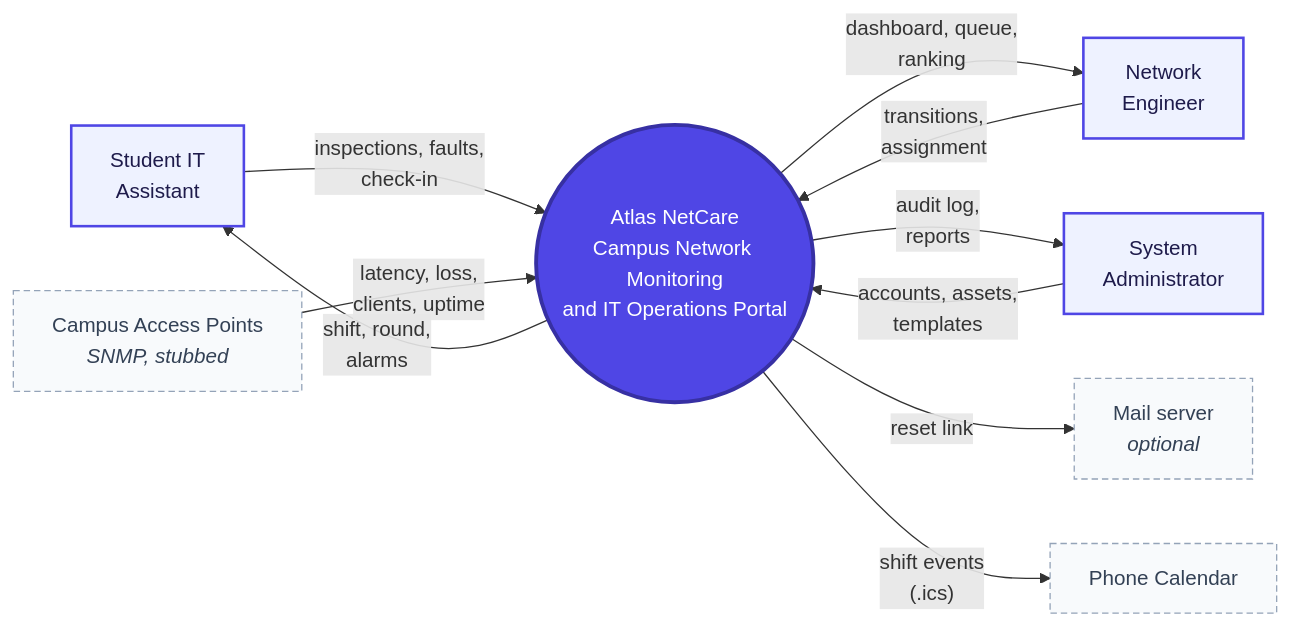
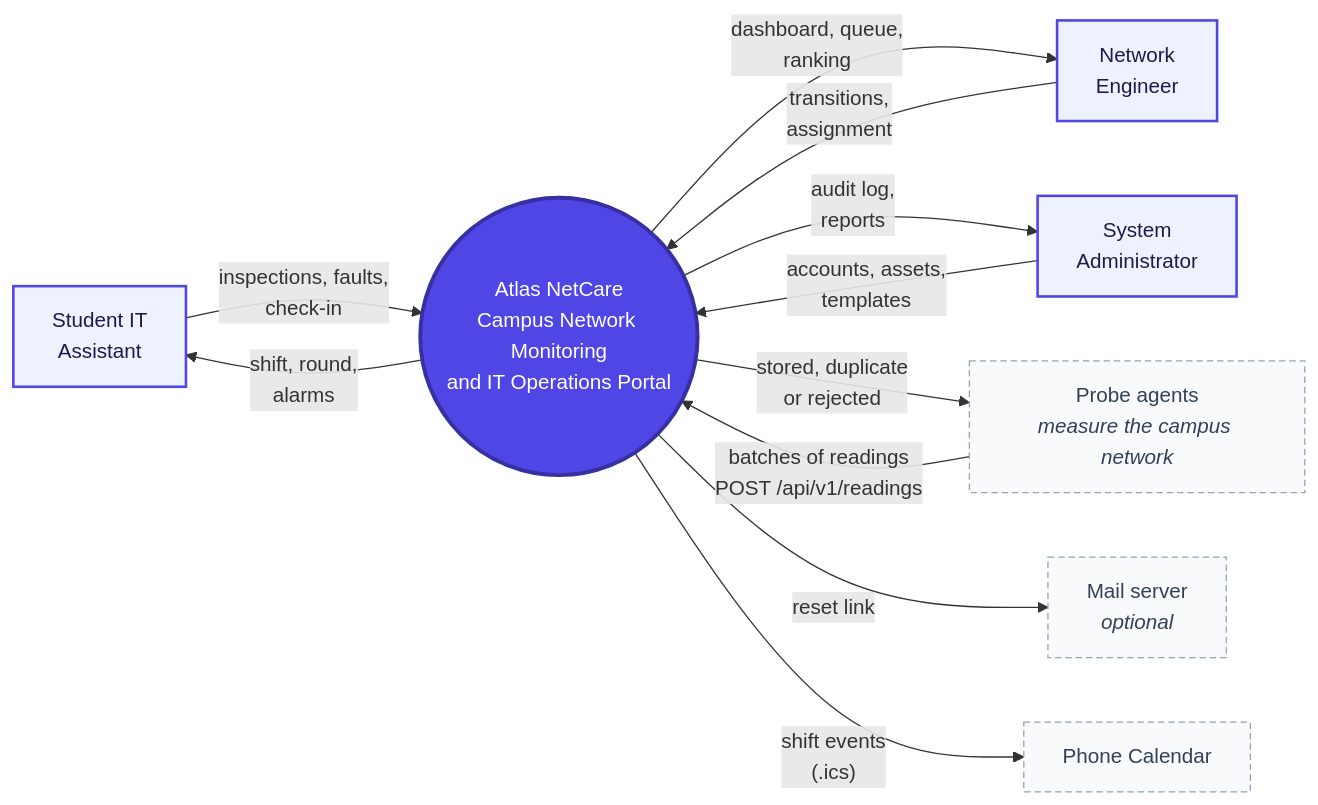
One commit to phone292025/atlas-netcare changed the first of 4 diagrams in docs/12-system-diagrams.md. Above: the diagram before and after it, drawn with Mermaid. The commit also changed other lines of this file and 1 other file, not shown here.

First line of the commit message:
docs(architecture): add the ingest API, agents and the hourly aggregate

````diff
--- a/docs/12-system-diagrams.md
+++ b/docs/12-system-diagrams.md
@@ -26,32 +26,33 @@
 ```mermaid
 flowchart LR
     ASSISTANT["Student IT<br/>Assistant"]
     ENGINEER["Network<br/>Engineer"]
     ADMIN["System<br/>Administrator"]
 
     SYSTEM(("Atlas NetCare<br/>Campus Network Monitoring<br/>and IT Operations Portal"))
 
-    APS["Campus Access Points<br/><i>SNMP, stubbed</i>"]
+    APS["Probe agents<br/><i>measure the campus network</i>"]
     MAIL["Mail server<br/><i>optional</i>"]
     PHONE["Phone Calendar"]
 
     ASSISTANT -->|"inspections, faults,<br/>check-in"| SYSTEM
     SYSTEM -->|"shift, round,<br/>alarms"| ASSISTANT
 
     ENGINEER -->|"transitions,<br/>assignment"| SYSTEM
     SYSTEM -->|"dashboard, queue,<br/>ranking"| ENGINEER
 
     ADMIN -->|"accounts, assets,<br/>templates"| SYSTEM
     SYSTEM -->|"audit log,<br/>reports"| ADMIN
 
-    APS -->|"latency, loss,<br/>clients, uptime"| SYSTEM
+    APS -->|"batches of readings<br/>POST /api/v1/readings"| SYSTEM
+    SYSTEM -->|"stored, duplicate<br/>or rejected"| APS
     SYSTEM -->|"reset link"| MAIL
     SYSTEM -->|"shift events<br/>(.ics)"| PHONE
 
     classDef sys fill:#4f46e5,stroke:#3730a3,color:#fff,stroke-width:3px
     classDef person fill:#eef2ff,stroke:#4f46e5,color:#1e1b4b,stroke-width:2px
     classDef ext fill:#f8fafc,stroke:#94a3b8,color:#334155,stroke-dasharray:5 3
     class SYSTEM sys
     class ASSISTANT,ENGINEER,ADMIN person
     class APS,MAIL,PHONE ext
 ```
````
